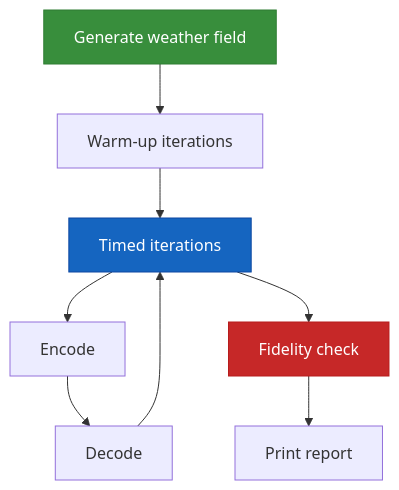
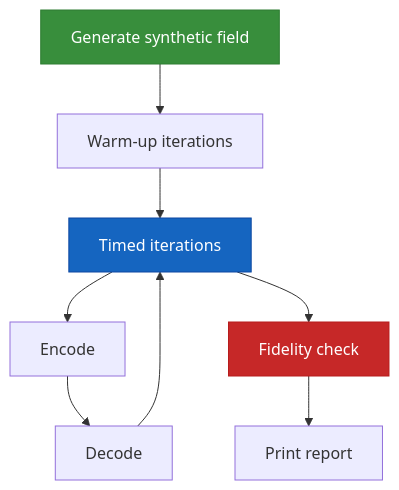
The diagram in docs/src/guide/benchmarks.md (ecmwf/tensogram), drawn with Mermaid before and after one commit. The commit also changed other lines of this file and 70 other files, not shown here.

````diff
--- a/docs/src/guide/benchmarks.md
+++ b/docs/src/guide/benchmarks.md
@@ -112,14 +114,14 @@
 ```mermaid
 flowchart TD
-    G[Generate weather field] --> W[Warm-up iterations]
+    G[Generate synthetic field] --> W[Warm-up iterations]
     W --> T[Timed iterations]
     T --> E[Encode]
     E --> D[Decode]
     D --> T
     T --> F[Fidelity check]
     F --> R[Print report]
 
     style G fill:#388e3c,stroke:#2e7d32,color:#fff
     style T fill:#1565c0,stroke:#0d47a1,color:#fff
     style F fill:#c62828,stroke:#b71c1c,color:#fff
 ```
````
